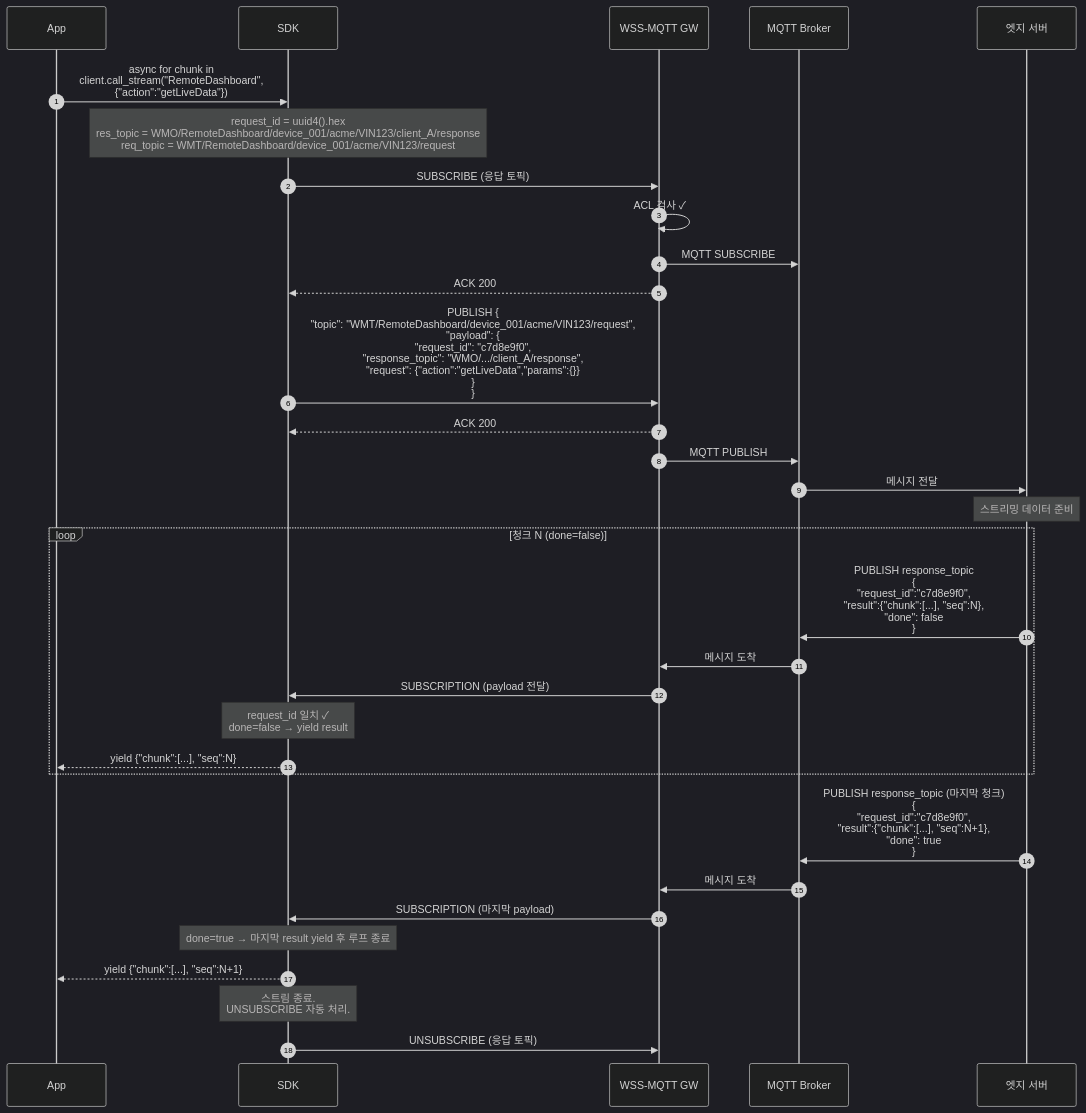
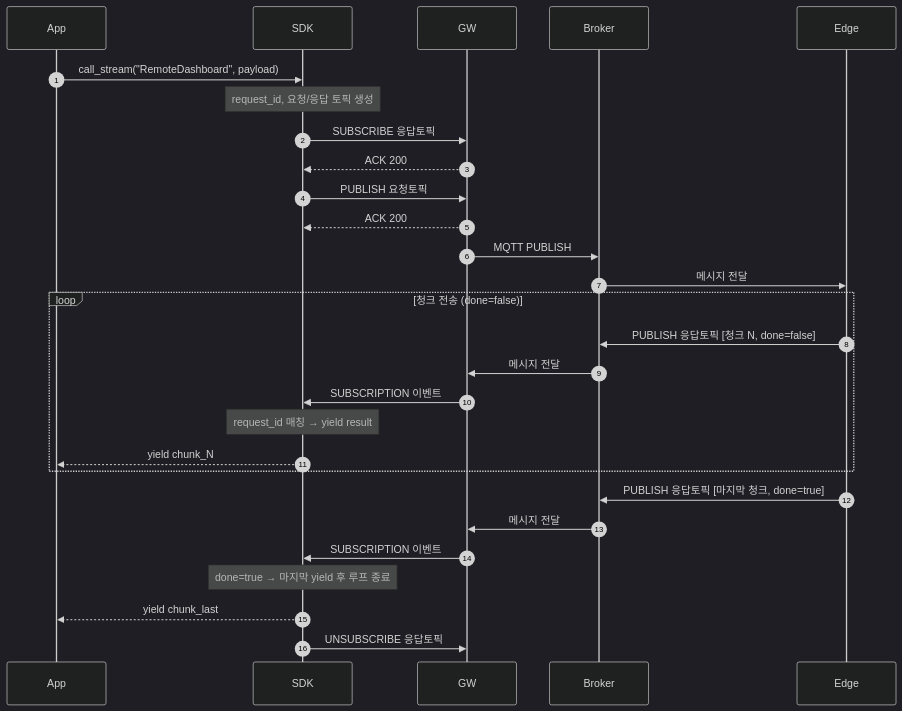
Before and after one commit to DongEunKim/MQTT-WSS-API: the sixth of 11 diagrams in docs/RPC_SEQUENCE_DIAGRAMS.md, drawn with Mermaid (dark theme). The commit also changed other lines of this file, not shown here.

First line of the commit message:
docs: RPC 시퀀스 다이어그램 가독성 개선 (화살표 레이블 축약, 사양 분리)

````diff
--- a/docs/RPC_SEQUENCE_DIAGRAMS.md
+++ b/docs/RPC_SEQUENCE_DIAGRAMS.md
@@ -283,42 +226,37 @@
 ```mermaid
 sequenceDiagram
     autonumber
     participant App
     participant SDK
-    participant GW as WSS-MQTT GW
-    participant Broker as MQTT Broker
-    participant Edge as 엣지 서버
+    participant GW
+    participant Broker
+    participant Edge
 
-    App->>SDK: async for chunk in<br/>client.call_stream("RemoteDashboard",<br/>{"action":"getLiveData"})
+    App->>SDK: call_stream("RemoteDashboard", payload)
 
-    Note over SDK: request_id = uuid4().hex<br/>res_topic = WMO/RemoteDashboard/device_001/acme/VIN123/client_A/response<br/>req_topic = WMT/RemoteDashboard/device_001/acme/VIN123/request
+    Note over SDK: request_id, 요청/응답 토픽 생성
 
-    SDK->>GW: SUBSCRIBE (응답 토픽)
-    GW->>GW: ACL 검사 ✓
-    GW->>Broker: MQTT SUBSCRIBE
+    SDK->>GW: SUBSCRIBE 응답토픽
     GW-->>SDK: ACK 200
-
-    SDK->>GW: PUBLISH {<br/>  "topic": "WMT/RemoteDashboard/device_001/acme/VIN123/request",<br/>  "payload": {<br/>    "request_id": "c7d8e9f0",<br/>    "response_topic": "WMO/.../client_A/response",<br/>    "request": {"action":"getLiveData","params":{}}<br/>  }<br/>}
+    SDK->>GW: PUBLISH 요청토픽
     GW-->>SDK: ACK 200
     GW->>Broker: MQTT PUBLISH
     Broker->>Edge: 메시지 전달
 
-    Note over Edge: 스트리밍 데이터 준비
-
-    loop 청크 N (done=false)
-        Edge->>Broker: PUBLISH response_topic<br/>{<br/>  "request_id":"c7d8e9f0",<br/>  "result":{"chunk":[...], "seq":N},<br/>  "done": false<br/>}
-        Broker->>GW: 메시지 도착
-        GW->>SDK: SUBSCRIPTION (payload 전달)
-        Note over SDK: request_id 일치 ✓<br/>done=false → yield result
-        SDK-->>App: yield {"chunk":[...], "seq":N}
+    loop 청크 전송 (done=false)
+        Edge->>Broker: PUBLISH 응답토픽 [청크 N, done=false]
+        Broker->>GW: 메시지 전달
+        GW->>SDK: SUBSCRIPTION 이벤트
+        Note over SDK: request_id 매칭 → yield result
+        SDK-->>App: yield chunk_N
     end
 
-    Edge->>Broker: PUBLISH response_topic (마지막 청크)<br/>{<br/>  "request_id":"c7d8e9f0",<br/>  "result":{"chunk":[...], "seq":N+1},<br/>  "done": true<br/>}
-    Broker->>GW: 메시지 도착
-    GW->>SDK: SUBSCRIPTION (마지막 payload)
-    Note over SDK: done=true → 마지막 result yield 후 루프 종료
+    Edge->>Broker: PUBLISH 응답토픽 [마지막 청크, done=true]
+    Broker->>GW: 메시지 전달
+    GW->>SDK: SUBSCRIPTION 이벤트
 
-    SDK-->>App: yield {"chunk":[...], "seq":N+1}
-    Note over SDK: 스트림 종료.<br/>UNSUBSCRIBE 자동 처리.
-    SDK->>GW: UNSUBSCRIBE (응답 토픽)
+    Note over SDK: done=true → 마지막 yield 후 루프 종료
+
+    SDK-->>App: yield chunk_last
+    SDK->>GW: UNSUBSCRIBE 응답토픽
 ```
````
